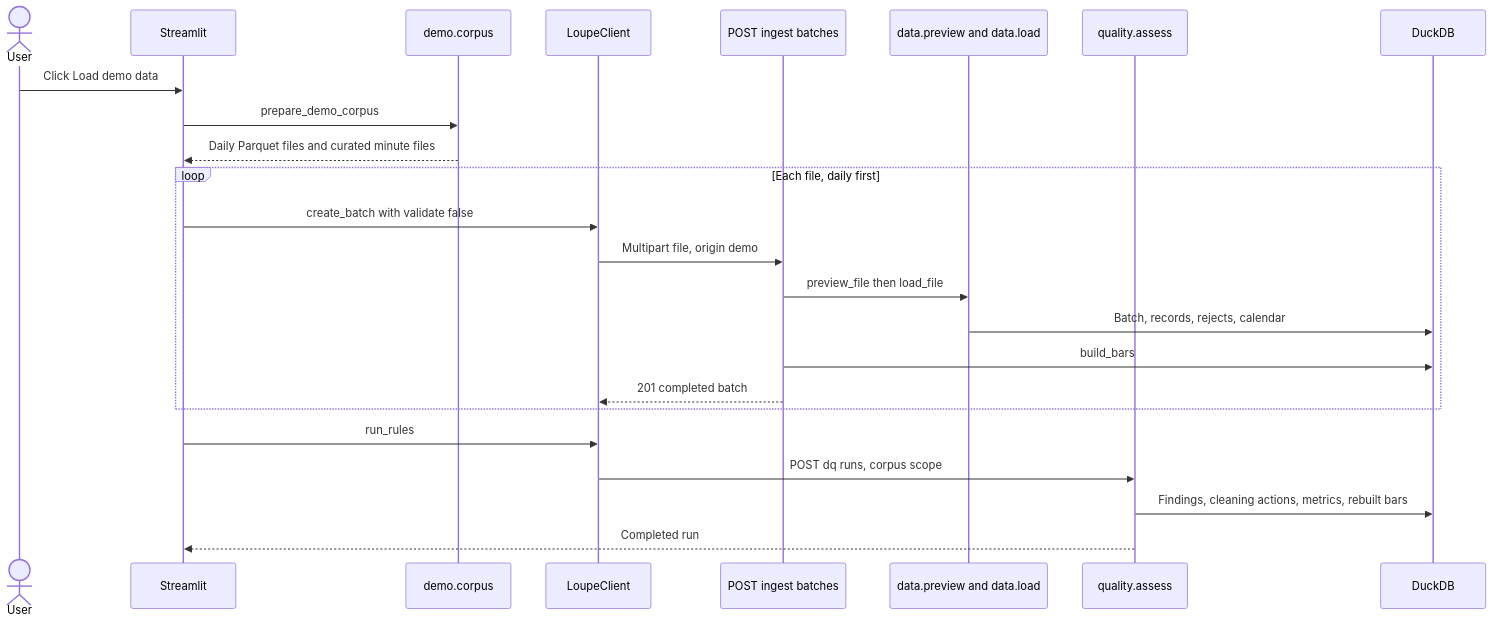
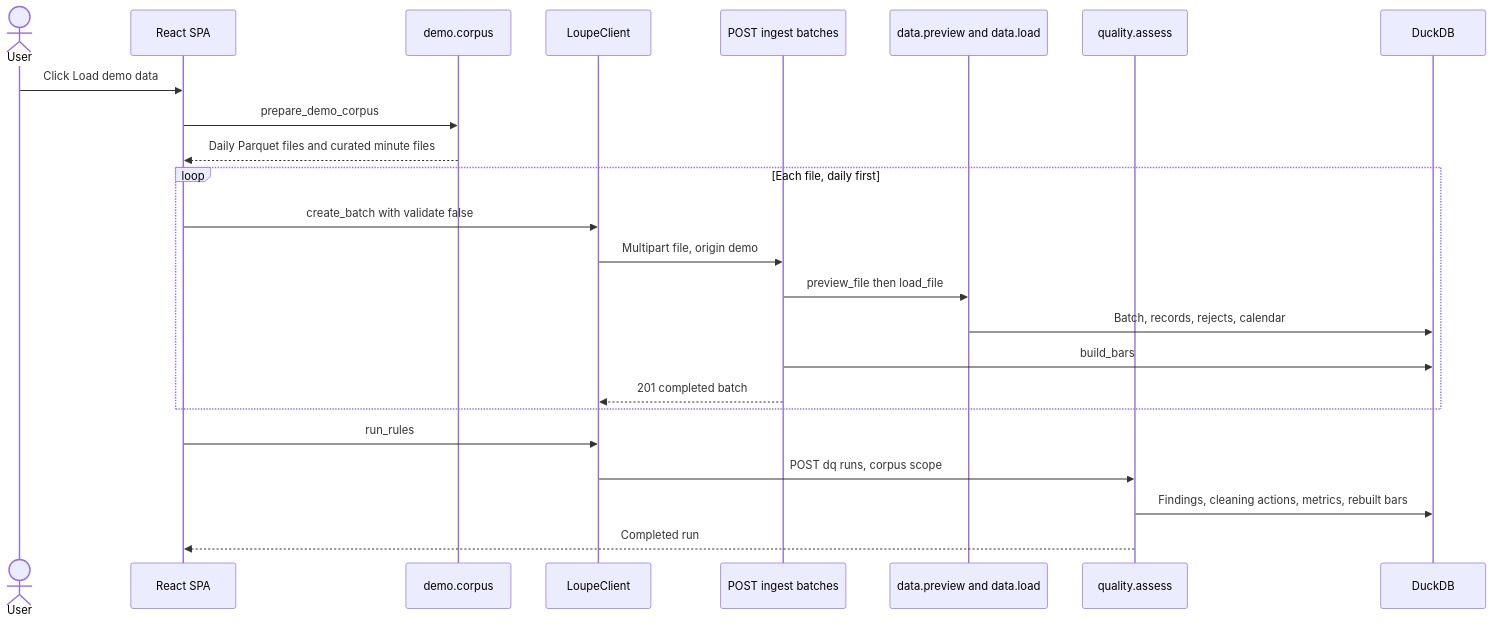
The second of 2 diagrams in docs/clg26-data-journey.md (shu-y-codes/loupe), drawn with Mermaid before and after one commit. The commit also changed other lines of this file and 80 other files, not shown here.

````diff
--- a/docs/clg26-data-journey.md
+++ b/docs/clg26-data-journey.md
@@ -134,27 +134,27 @@
 ```mermaid
 sequenceDiagram
   actor User
-  participant UI as Streamlit
+  participant UI as React SPA
   participant Demo as demo.corpus
   participant Client as LoupeClient
   participant Route as POST ingest batches
   participant Data as data.preview and data.load
   participant Quality as quality.assess
   participant Store as DuckDB
 
   User->>UI: Click Load demo data
   UI->>Demo: prepare_demo_corpus
   Demo-->>UI: Daily Parquet files and curated minute files
   loop Each file, daily first
     UI->>Client: create_batch with validate false
     Client->>Route: Multipart file, origin demo
     Route->>Data: preview_file then load_file
     Data->>Store: Batch, records, rejects, calendar
     Route->>Store: build_bars
     Route-->>Client: 201 completed batch
   end
   UI->>Client: run_rules
   Client->>Quality: POST dq runs, corpus scope
   Quality->>Store: Findings, cleaning actions, metrics, rebuilt bars
   Quality-->>UI: Completed run
 ```
````
